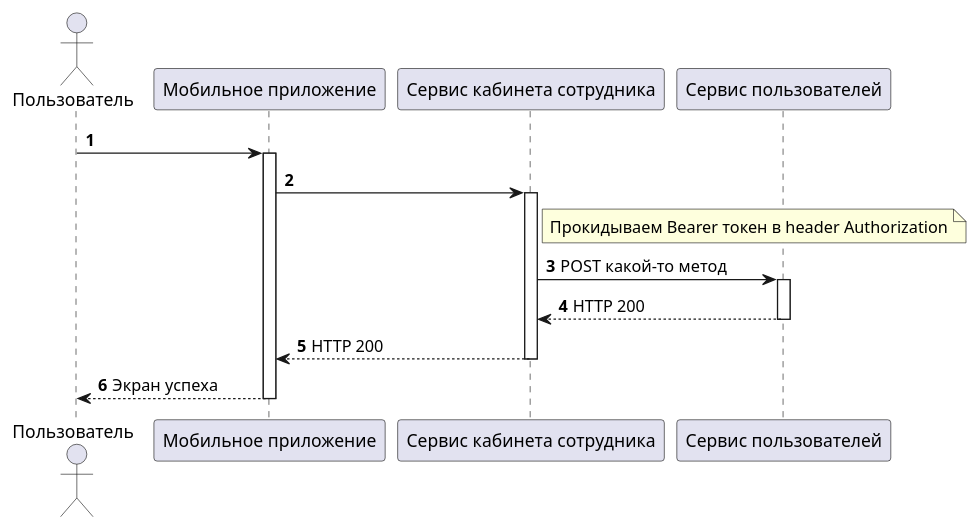
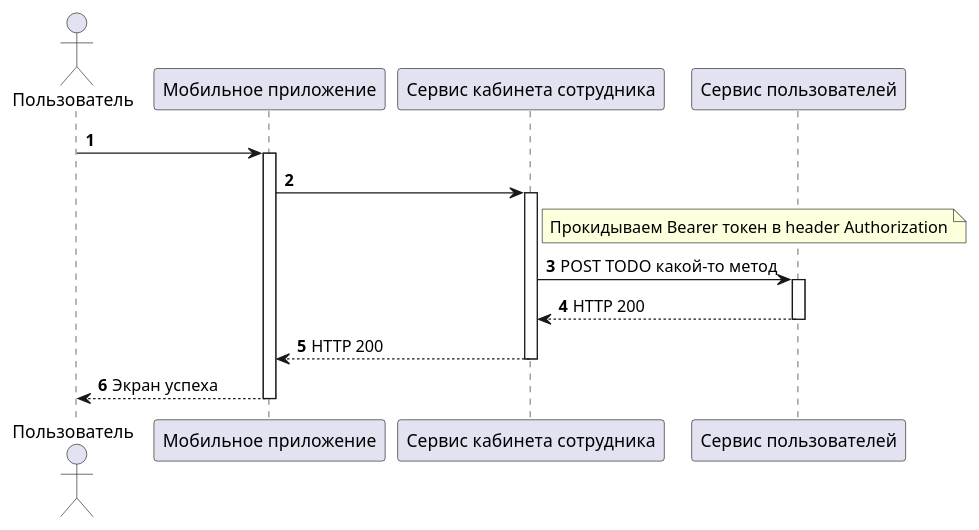
Before and after one commit to AlekseyFeofilov/HubaBank: the diagram in diagrams/employer/Заблокировать сотрудника или клиента.puml, drawn with PlantUML. The commit also changed 9 other files, not shown here.

Commit message:
Правка сиквенс диаграмм

```diff
--- a/diagrams/employer/Заблокировать сотрудника или клиента.puml
+++ b/diagrams/employer/Заблокировать сотрудника или клиента.puml
@@ -1,27 +1,27 @@
 @startuml
 'https://plantuml.com/sequence-diagram
 
 autonumber
 
 actor "Пользователь" as User
 participant "Мобильное приложение" as MobileApp
 participant "Сервис кабинета сотрудника" as EmployerService
 participant "Сервис пользователей" as UserService
 
 User -> MobileApp
 activate MobileApp
 
     MobileApp -> EmployerService
     activate EmployerService
 
         note right EmployerService
         Прокидываем Bearer токен в header Authorization
         end note
 
-        EmployerService -> UserService: POST какой-то метод
+        EmployerService -> UserService: POST TODO какой-то метод
         activate UserService
         return HTTP 200
     return HTTP 200
 return Экран успеха
 
 @enduml
```
